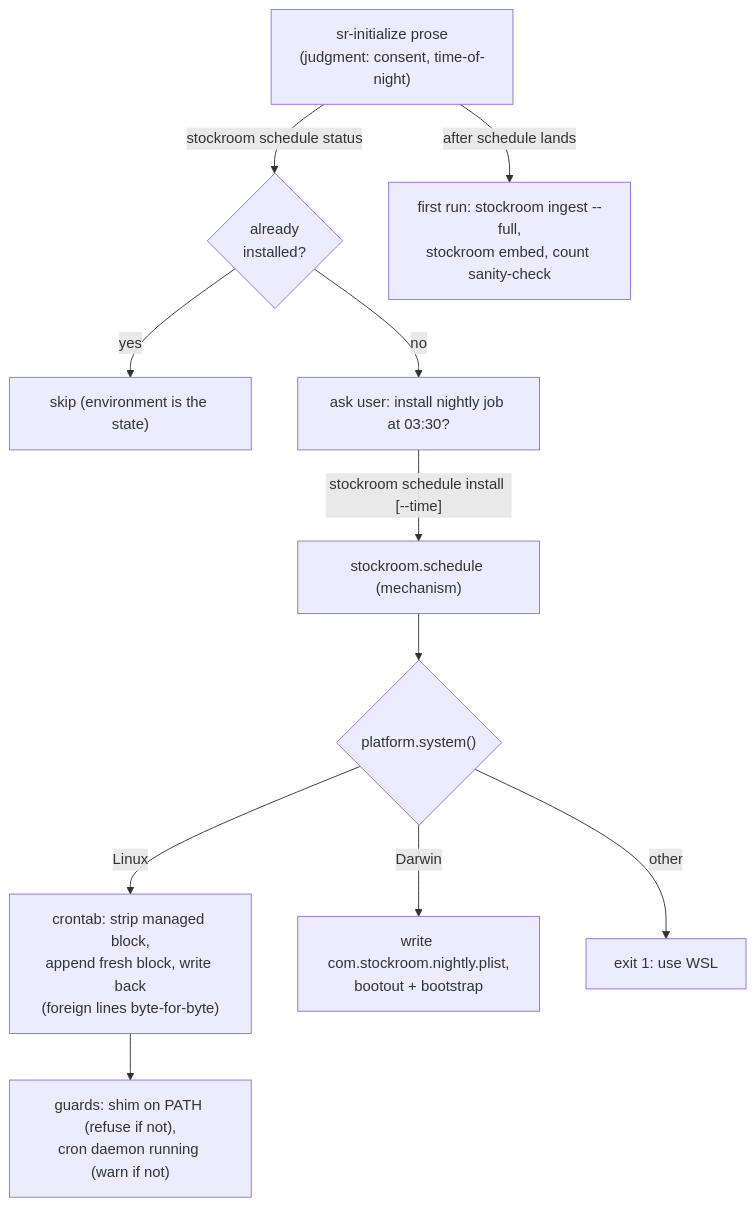
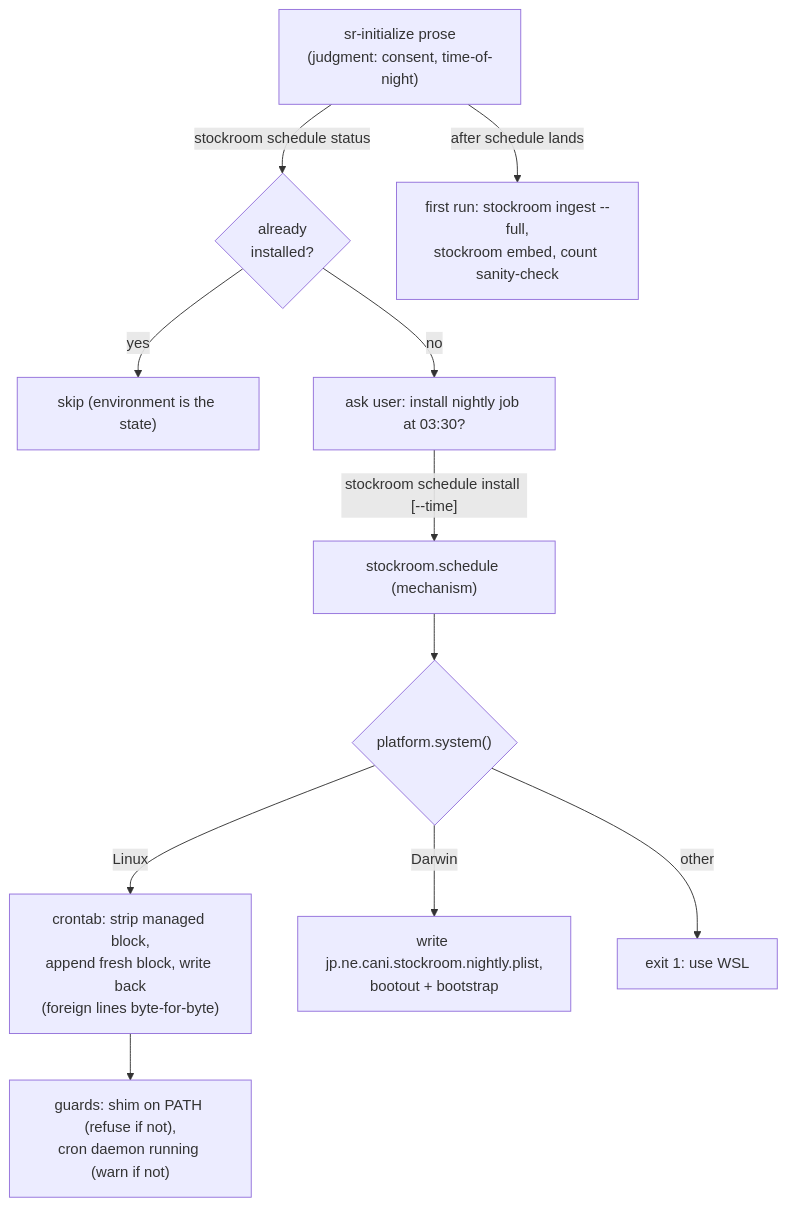
The diagram in memory-bank/active/tasks.md (Texarkanine/stockroom), drawn with Mermaid before and after one commit. The commit also changed other lines of this file and 3 other files, not shown here.

````diff
--- a/memory-bank/active/tasks.md
+++ b/memory-bank/active/tasks.md
@@ -15,13 +15,13 @@
 ```mermaid
 flowchart TD
     Skill["sr-initialize prose<br>(judgment: consent, time-of-night)"] -->|"stockroom schedule status"| Status{"already<br>installed?"}
     Status -->|yes| Skip["skip (environment is the state)"]
     Status -->|no| Consent["ask user: install nightly job at 03:30?"]
     Consent -->|"stockroom schedule install [--time]"| Mech["stockroom.schedule (mechanism)"]
     Mech --> Plat{"platform.system()"}
     Plat -->|Linux| Cron["crontab: strip managed block,<br>append fresh block, write back<br>(foreign lines byte-for-byte)"]
-    Plat -->|Darwin| Launchd["write com.stockroom.nightly.plist,<br>bootout + bootstrap"]
+    Plat -->|Darwin| Launchd["write jp.ne.cani.stockroom.nightly.plist,<br>bootout + bootstrap"]
     Plat -->|other| Refuse["exit 1: use WSL"]
     Cron --> Guard["guards: shim on PATH (refuse if not),<br>cron daemon running (warn if not)"]
     Skill -->|"after schedule lands"| First["first run: stockroom ingest --full,<br>stockroom embed, count sanity-check"]
 ```
````
